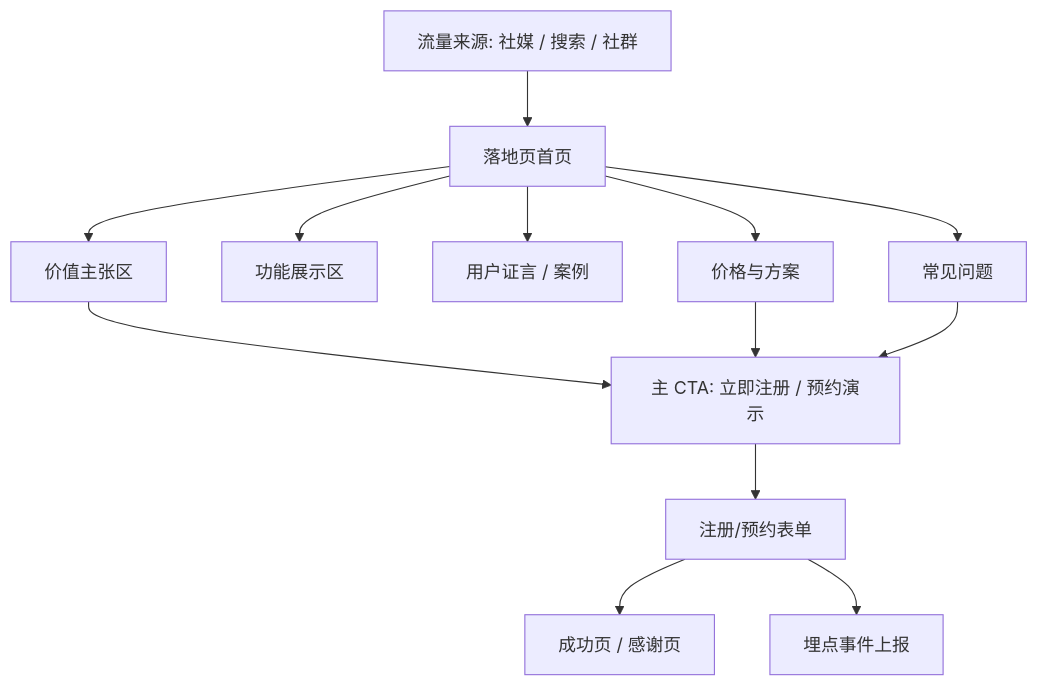
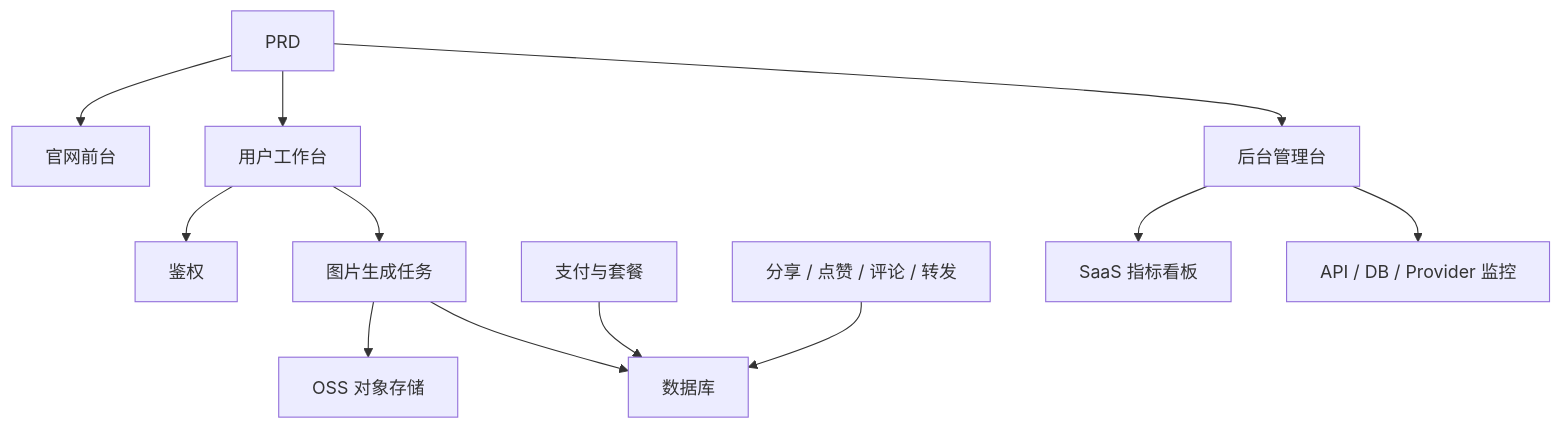
One commit to sketchymonk/easy-vibe changed the diagram in docs/zh-cn/stage-2/assignments/modern-landing-page/index.md. Above: the diagram before and after it, drawn with Mermaid. The commit also changed other lines of this file and 18 other files, not shown here.

````diff
--- a/docs/zh-cn/stage-2/assignments/modern-landing-page/index.md
+++ b/docs/zh-cn/stage-2/assignments/modern-landing-page/index.md
@@ -34,15 +91,14 @@
 ```mermaid
 flowchart TD
-  ad["流量来源: 社媒 / 搜索 / 社群"] --> landing["落地页首页"]
-  landing --> value["价值主张区"]
-  landing --> features["功能展示区"]
-  landing --> social["用户证言 / 案例"]
-  landing --> pricing["价格与方案"]
-  landing --> faq["常见问题"]
-  value --> cta["主 CTA: 立即注册 / 预约演示"]
-  pricing --> cta
-  faq --> cta
-  cta --> form["注册/预约表单"]
-  form --> success["成功页 / 感谢页"]
-  form --> event["埋点事件上报"]
+  prd["PRD"] --> web["官网前台"]
+  prd --> app["用户工作台"]
+  prd --> admin["后台管理台"]
+  app --> auth["鉴权"]
+  app --> gen["图片生成任务"]
+  gen --> oss["OSS 对象存储"]
+  gen --> db["数据库"]
+  billing["支付与套餐"] --> db
+  social["分享 / 点赞 / 评论 / 转发"] --> db
+  admin --> analytics["SaaS 指标看板"]
+  admin --> observability["API / DB / Provider 监控"]
 ```
````
